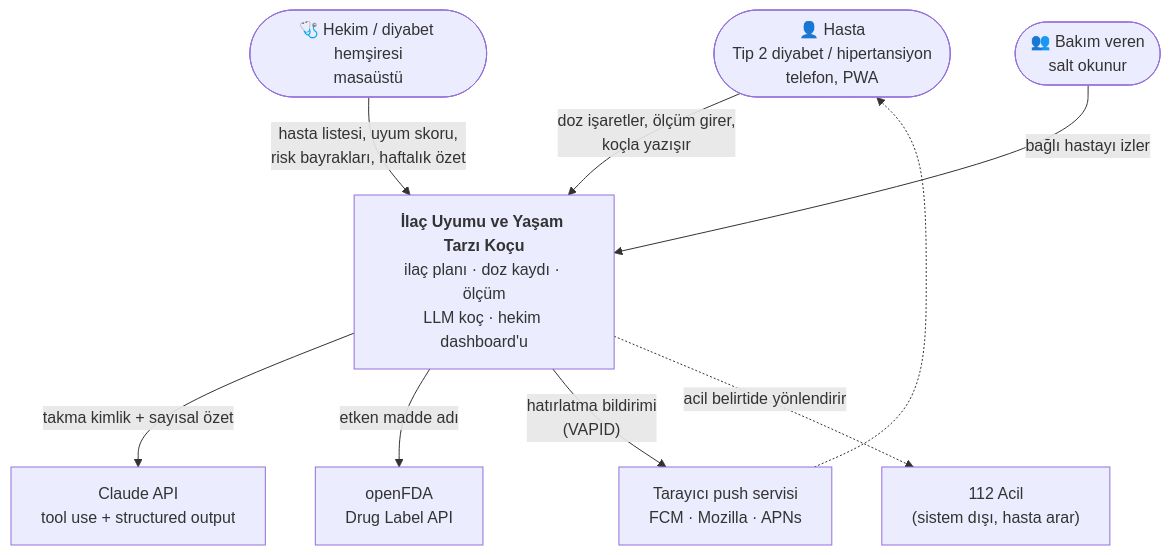
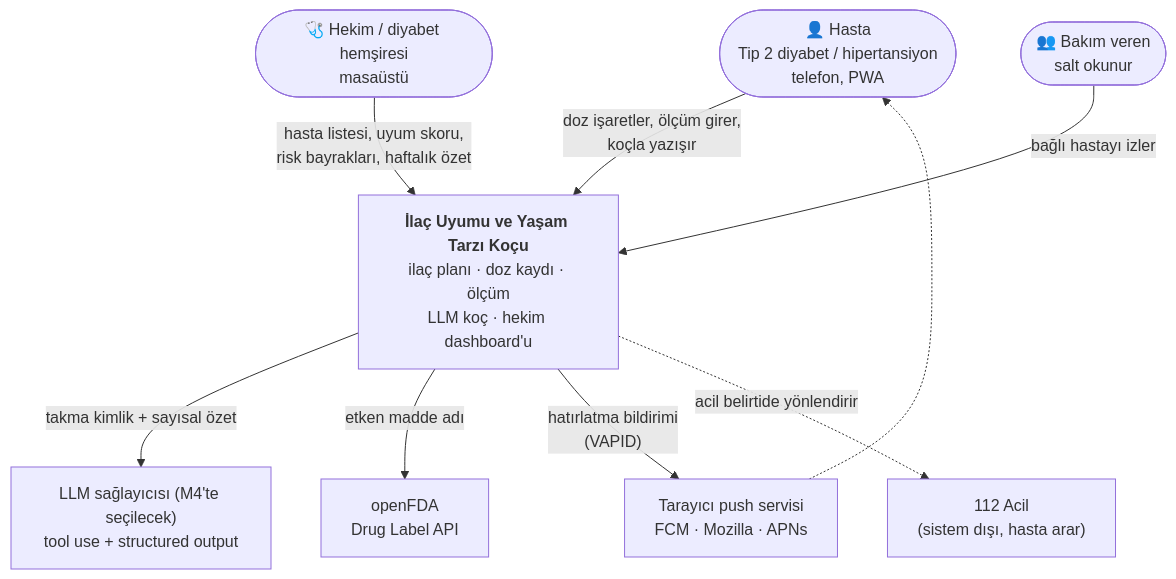
Before and after one commit to Nisagwn/ilac-uyum-kocu: the first of 8 diagrams in docs/M1/05-mimari.md, drawn with Mermaid. The commit also changed other lines of this file and 6 other files, not shown here.

````diff
--- a/docs/M1/05-mimari.md
+++ b/docs/M1/05-mimari.md
@@ -19,22 +19,22 @@
 ```mermaid
 flowchart TB
     P(["👤 Hasta<br/>Tip 2 diyabet / hipertansiyon<br/>telefon, PWA"])
     C(["🩺 Hekim / diyabet hemşiresi<br/>masaüstü"])
     G(["👥 Bakım veren<br/>salt okunur"])
 
     SYS["<b>İlaç Uyumu ve Yaşam Tarzı Koçu</b><br/>ilaç planı · doz kaydı · ölçüm<br/>LLM koç · hekim dashboard'u"]
 
-    LLM["Claude API<br/>tool use + structured output"]
+    LLM["LLM sağlayıcısı (M4'te seçilecek)<br/>tool use + structured output"]
     FDA["openFDA<br/>Drug Label API"]
     WP["Tarayıcı push servisi<br/>FCM · Mozilla · APNs"]
     E112["112 Acil<br/>(sistem dışı, hasta arar)"]
 
     P -- "doz işaretler, ölçüm girer,<br/>koçla yazışır" --> SYS
     C -- "hasta listesi, uyum skoru,<br/>risk bayrakları, haftalık özet" --> SYS
     G -- "bağlı hastayı izler" --> SYS
     SYS -- "takma kimlik + sayısal özet" --> LLM
     SYS -- "etken madde adı" --> FDA
     SYS -- "hatırlatma bildirimi<br/>(VAPID)" --> WP
     WP -.-> P
     SYS -. "acil belirtide yönlendirir" .-> E112
 ```
````
